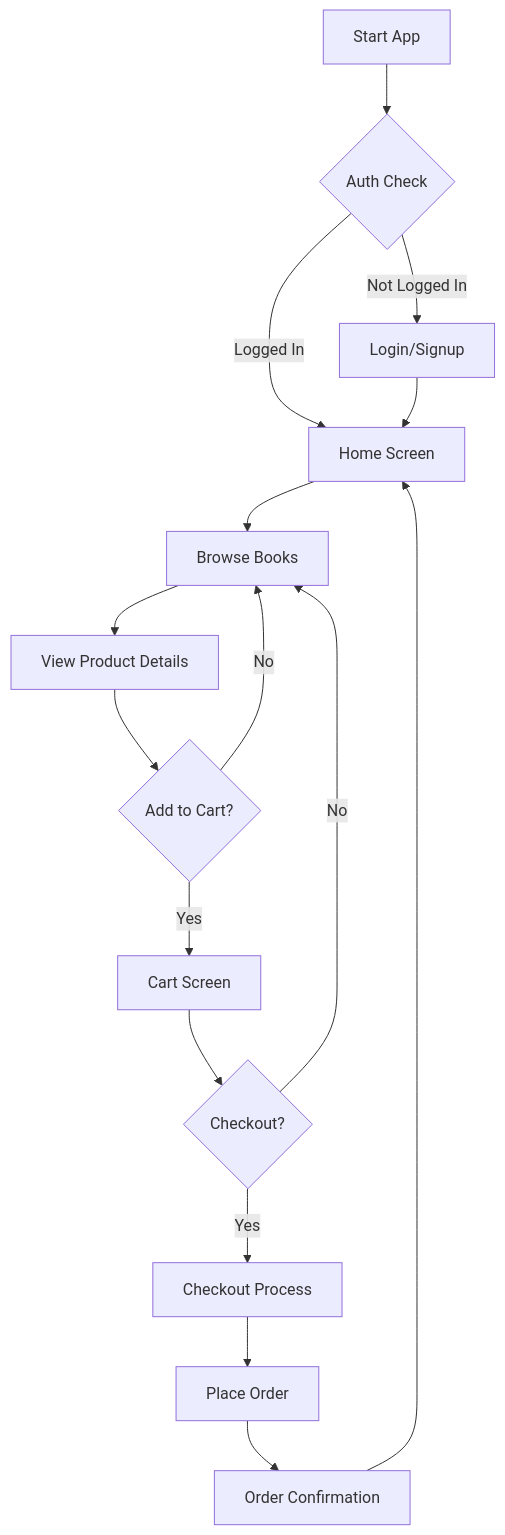
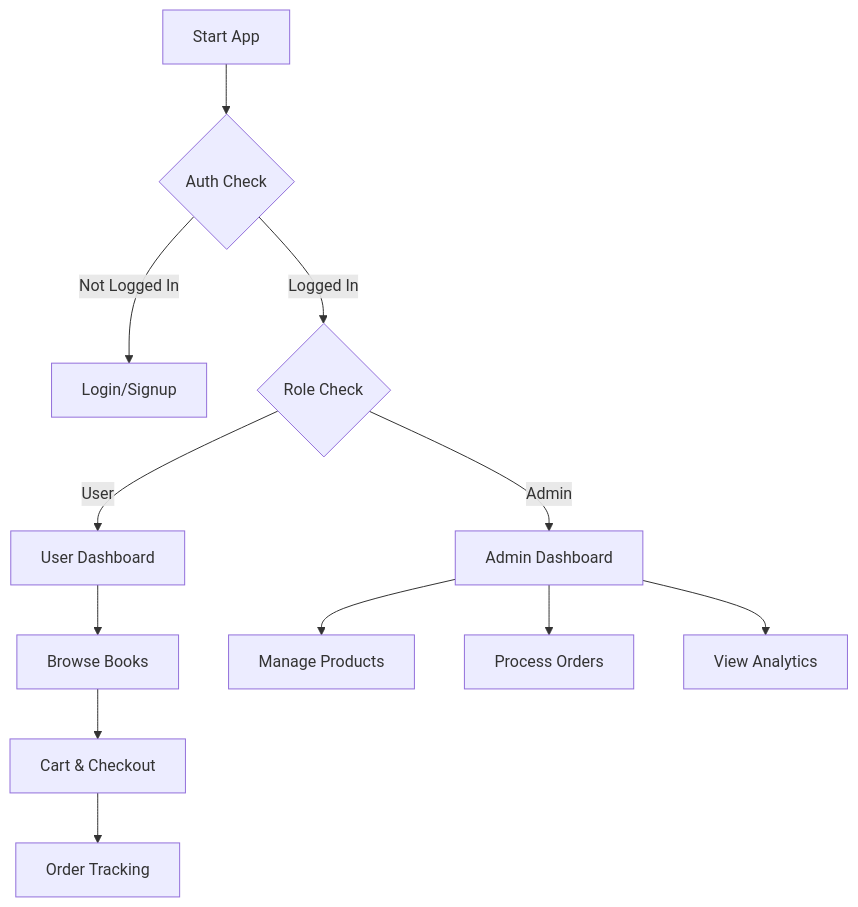
One commit to zainish24/book_store changed the diagram in README.md. Above: the diagram before and after it, drawn with Mermaid. The commit also changed other lines of this file, not shown here.

````diff
--- a/README.md
+++ b/README.md
@@ -36,21 +33,16 @@
 ```mermaid
 graph TD
     A[Start App] --> B{Auth Check};
     B -->|Not Logged In| C[Login/Signup];
-    B -->|Logged In| D[Home Screen];
-    C --> D;
+    B -->|Logged In| D{Role Check};
+    D -->|User| E[User Dashboard];
+    D -->|Admin| F[Admin Dashboard];
     
-    D --> E[Browse Books];
-    E --> F[View Product Details];
-    F --> G{Add to Cart?};
-    G -->|Yes| H[Cart Screen];
-    G -->|No| E;
+    E --> G[Browse Books];
+    G --> H[Cart & Checkout];
+    H --> I[Order Tracking];
     
-    H --> I{Checkout?};
-    I -->|Yes| J[Checkout Process];
-    I -->|No| E;
-    
-    J --> K[Place Order];
-    K --> L[Order Confirmation];
-    L --> D;
+    F --> J[Manage Products];
+    F --> K[Process Orders];
+    F --> L[View Analytics];
 ```
````
